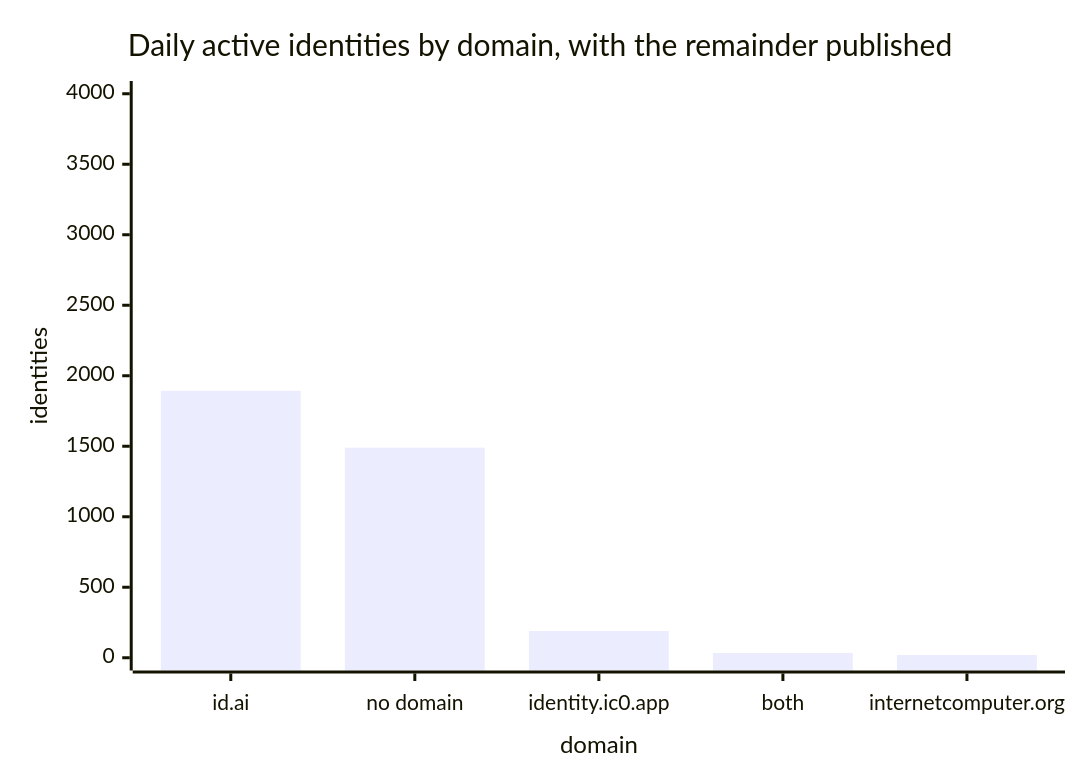
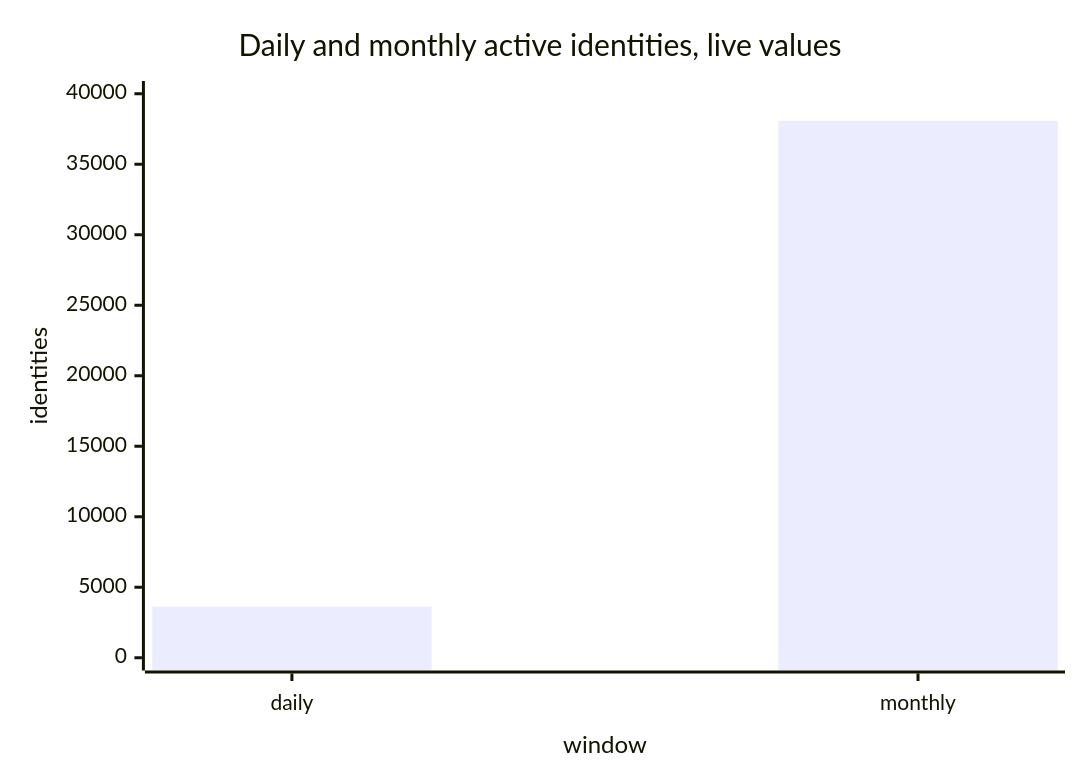
One commit to dfinity/internet-identity changed the sixth of 8 diagrams in docs/ongoing/metrics-dashboards/usage.md. Above: the diagram before and after it, drawn with Mermaid. The commit also changed other lines of this file and 7 other files, not shown here.

````diff
--- a/docs/ongoing/metrics-dashboards/usage.md
+++ b/docs/ongoing/metrics-dashboards/usage.md
@@ -83,7 +87,7 @@
 ```mermaid
 xychart-beta
-  title "Daily active identities by domain, with the remainder published"
-  x-axis "domain" ["id.ai", "no domain", "identity.ic0.app", "both", "internetcomputer.org"]
-  y-axis "identities" 0 --> 4000
-  bar [1893, 1490, 190, 34, 20]
+  title "Daily and monthly active identities, live values"
+  x-axis "window" ["daily", "monthly"]
+  y-axis "identities" 0 --> 40000
+  bar [3627, 38079]
 ```
````
